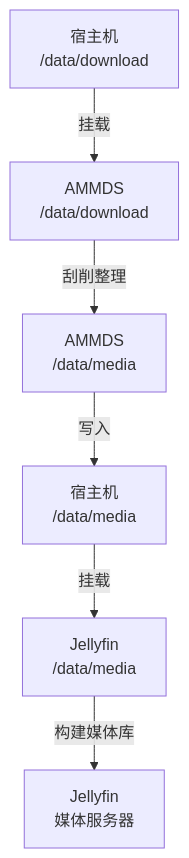
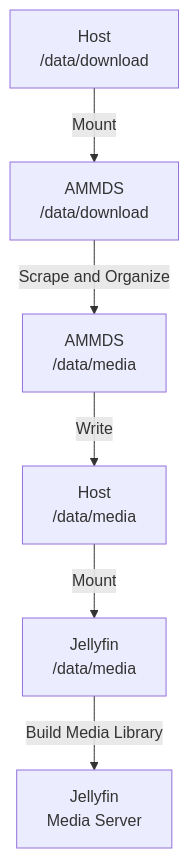
The third of 5 diagrams in docs/usage/Mount.md (QYG2297248353/AMMDS-DOC), drawn with Mermaid before and after one commit. The commit also changed other lines of this file and 7 other files, not shown here.

````diff
--- a/docs/usage/Mount.md
+++ b/docs/usage/Mount.md
@@ -154,9 +154,9 @@
 ```mermaid
 flowchart TD
-    %% 数据流向图
-    HOST_DOWNLOAD["宿主机<br/>/data/download"] -->|"挂载"| AMMDS_DOWNLOAD["AMMDS<br/>/data/download"]
-    AMMDS_DOWNLOAD -->|"刮削整理"| AMMDS_MEDIA["AMMDS<br/>/data/media"]
-    AMMDS_MEDIA -->|"写入"| HOST_MEDIA["宿主机<br/>/data/media"]
-    HOST_MEDIA -->|"挂载"| JELLYFIN_MEDIA["Jellyfin<br/>/data/media"]
-    JELLYFIN_MEDIA -->|"构建媒体库"| JELLYFIN_SERVER["Jellyfin<br/>媒体服务器"]
+    %% Data flow diagram
+    HOST_DOWNLOAD["Host<br/>/data/download"] -->|"Mount"| AMMDS_DOWNLOAD["AMMDS<br/>/data/download"]
+    AMMDS_DOWNLOAD -->|"Scrape and Organize"| AMMDS_MEDIA["AMMDS<br/>/data/media"]
+    AMMDS_MEDIA -->|"Write"| HOST_MEDIA["Host<br/>/data/media"]
+    HOST_MEDIA -->|"Mount"| JELLYFIN_MEDIA["Jellyfin<br/>/data/media"]
+    JELLYFIN_MEDIA -->|"Build Media Library"| JELLYFIN_SERVER["Jellyfin<br/>Media Server"]
 ```
````
